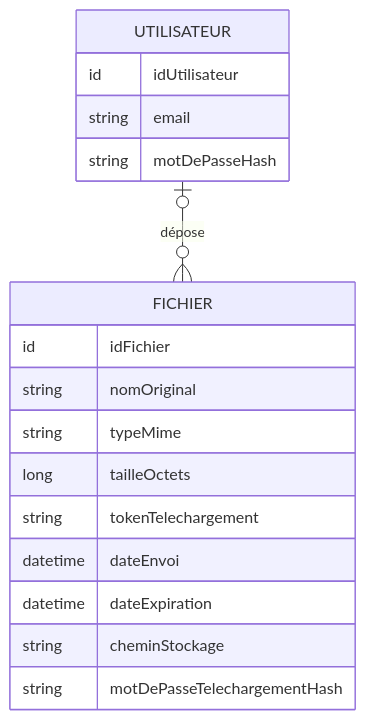
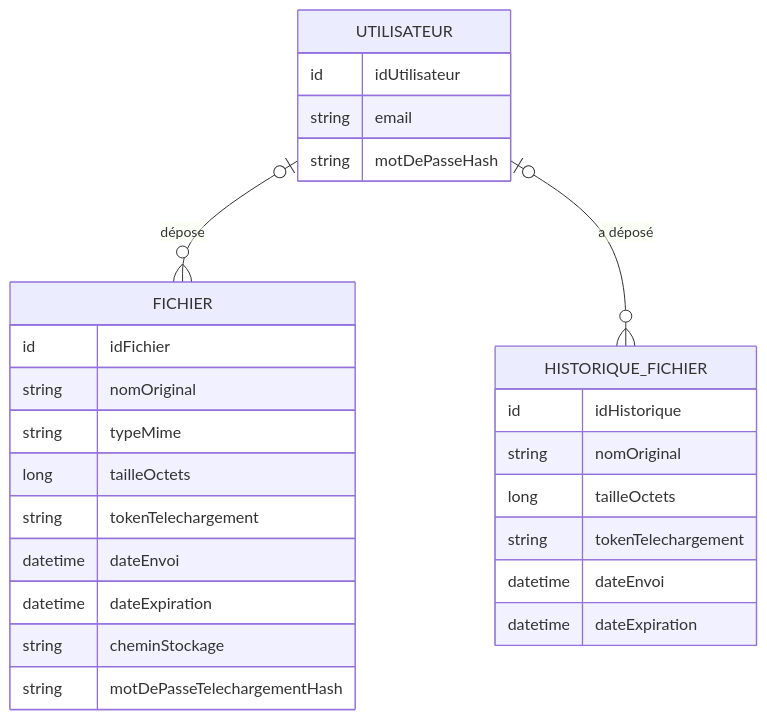
Before and after one commit to lolo761012/OCP3-DataShare: the diagram in docs/data-model/OCP3_MCD.md, drawn with Mermaid. The commit also changed other lines of this file and 1 other file, not shown here.

````diff
--- a/docs/data-model/OCP3_MCD.md
+++ b/docs/data-model/OCP3_MCD.md
@@ -5,22 +5,32 @@
 ```mermaid
 erDiagram
     UTILISATEUR |o--o{ FICHIER : "dépose"
+    UTILISATEUR |o--o{ HISTORIQUE_FICHIER : "a déposé"
 
     UTILISATEUR {
         id idUtilisateur
         string email
         string motDePasseHash
     }
 
     FICHIER {
         id idFichier
         string nomOriginal
         string typeMime
         long tailleOctets
         string tokenTelechargement
         datetime dateEnvoi
         datetime dateExpiration
         string cheminStockage
         string motDePasseTelechargementHash
     }
+
+    HISTORIQUE_FICHIER {
+        id idHistorique
+        string nomOriginal
+        long tailleOctets
+        string tokenTelechargement
+        datetime dateEnvoi
+        datetime dateExpiration
+    }
 ```
````
